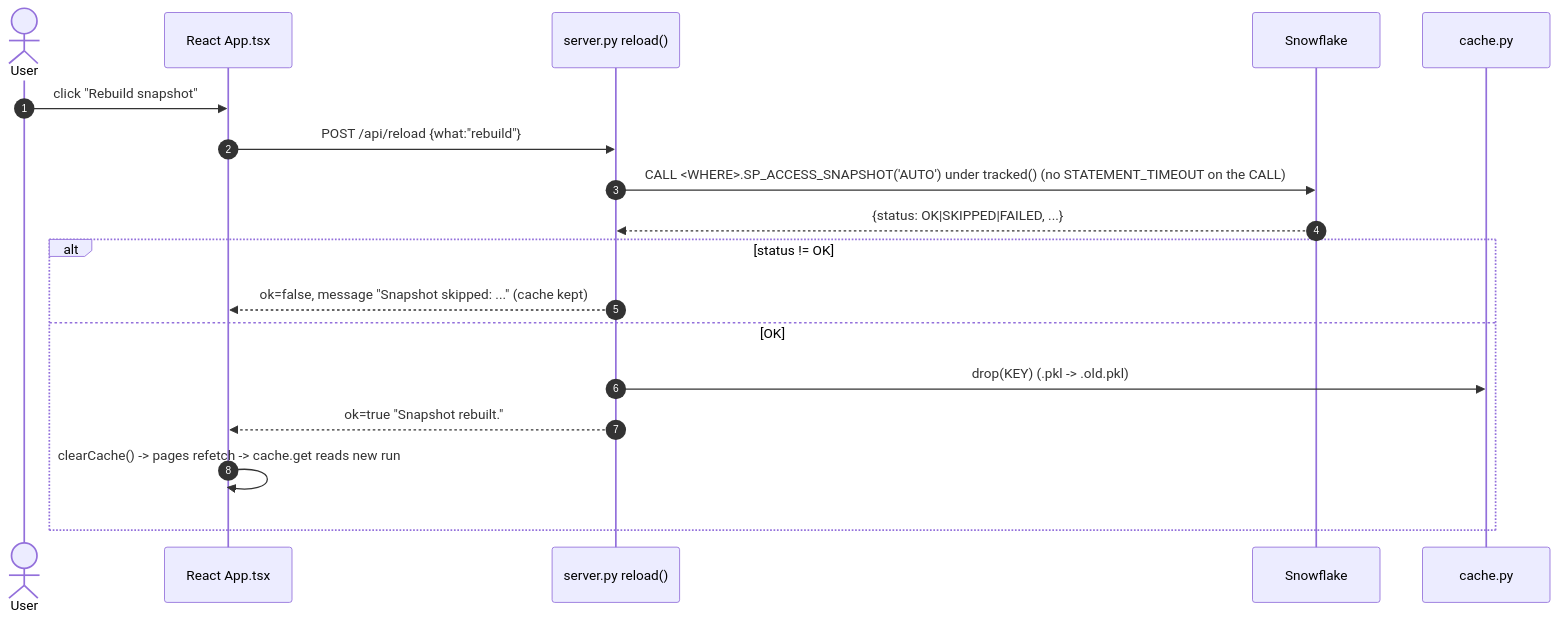
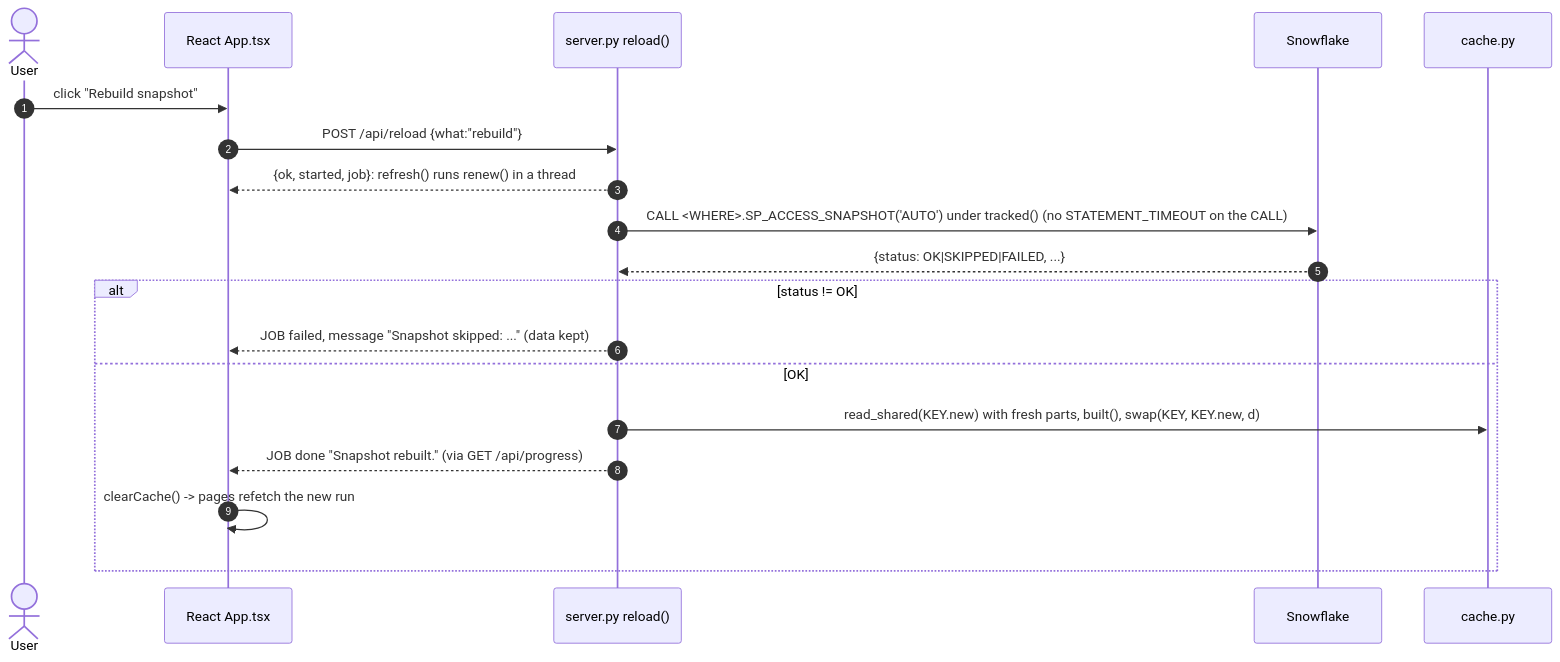
One commit to darshanmeel/snowflake-access-explorer changed the second of 2 diagrams in snowflake-access-explorer-knowledge-graph/flows/snapshot-objects.md. Above: the diagram before and after it, drawn with Mermaid. The commit also changed other lines of this file and 82 other files, not shown here.

Commit message:
Knowledge graph: parts store, two-stage load, background refresh, DuckDB rule walk, kept rule results, review fixes (to 448bdbb)

````diff
--- a/snowflake-access-explorer-knowledge-graph/flows/snapshot-objects.md
+++ b/snowflake-access-explorer-knowledge-graph/flows/snapshot-objects.md
@@ -60,20 +60,21 @@
 ```mermaid
 sequenceDiagram
     autonumber
     actor U as User
     participant W as React App.tsx
     participant S as server.py reload()
     participant SF as Snowflake
     participant C as cache.py
     U->>W: click "Rebuild snapshot"
     W->>S: POST /api/reload {what:"rebuild"}
+    S-->>W: {ok, started, job}: refresh() runs renew() in a thread
     S->>SF: CALL <WHERE>.SP_ACCESS_SNAPSHOT('AUTO') under tracked() (no STATEMENT_TIMEOUT on the CALL)
     SF-->>S: {status: OK|SKIPPED|FAILED, ...}
     alt status != OK
-        S-->>W: ok=false, message "Snapshot skipped: ..." (cache kept)
+        S-->>W: JOB failed, message "Snapshot skipped: ..." (data kept)
     else OK
-        S->>C: drop(KEY) (.pkl -> .old.pkl)
-        S-->>W: ok=true "Snapshot rebuilt."
-        W->>W: clearCache() -> pages refetch -> cache.get reads new run
+        S->>C: read_shared(KEY.new) with fresh parts, built(), swap(KEY, KEY.new, d)
+        S-->>W: JOB done "Snapshot rebuilt." (via GET /api/progress)
+        W->>W: clearCache() -> pages refetch the new run
     end
 ```
````
